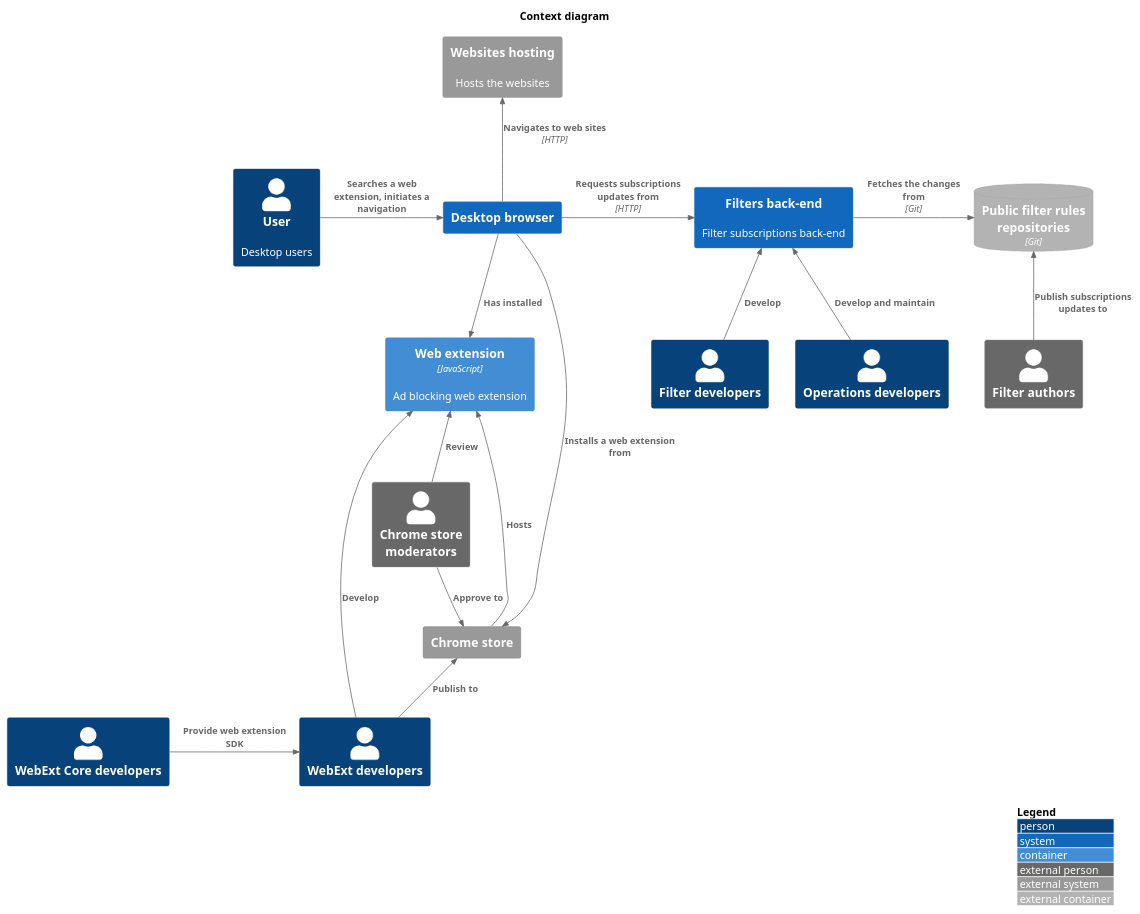
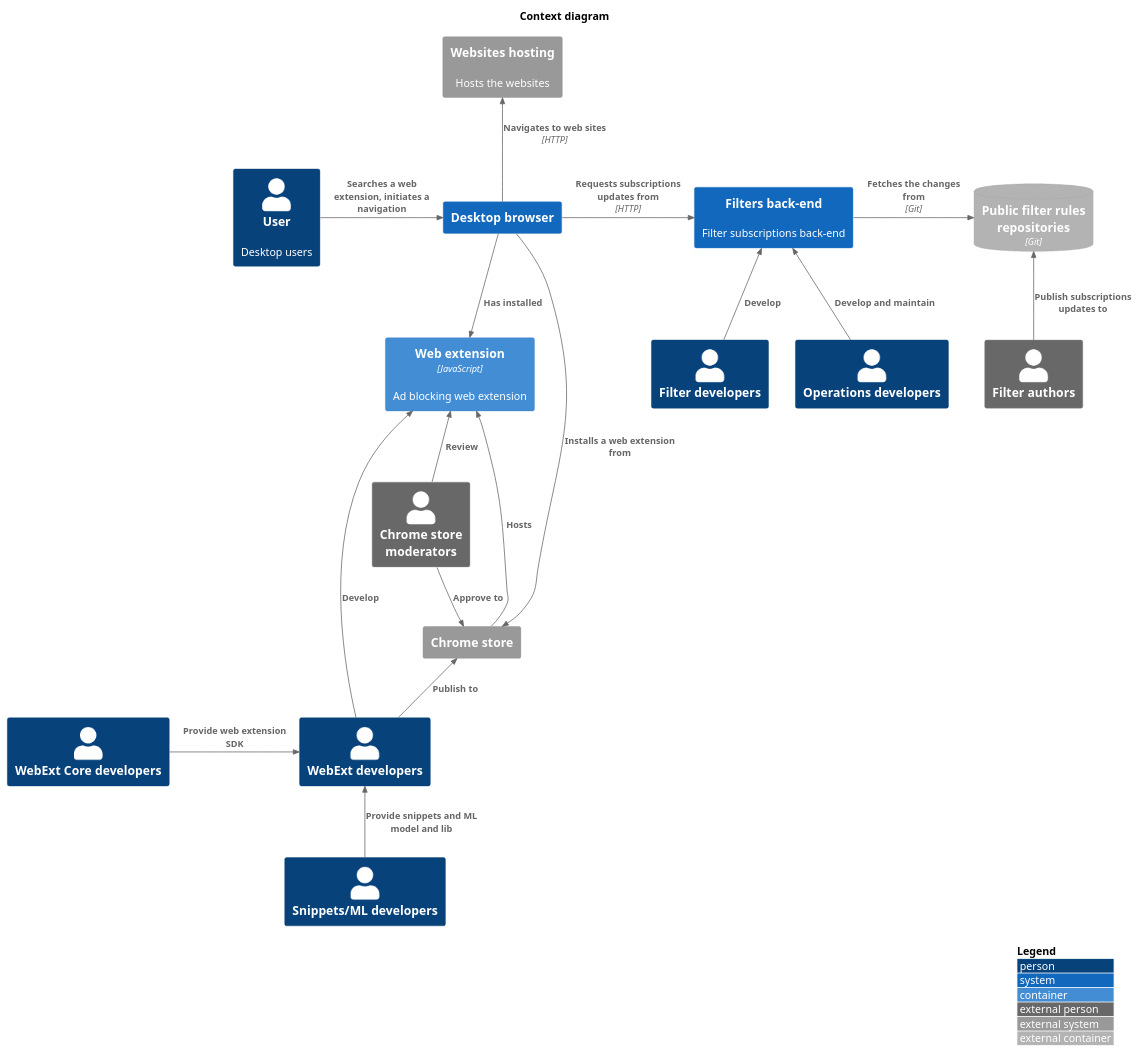
Before and after one commit to 4ntoine/mv3_spec_c4: the diagram in context.puml, drawn with PlantUML.

Commit message:
Add Snippets/ML actor

```diff
--- a/context.puml
+++ b/context.puml
@@ -1,43 +1,45 @@
 @startuml
 !include https://raw.githubusercontent.com/plantuml-stdlib/C4-PlantUML/master/C4_Context.puml
 !include https://raw.githubusercontent.com/plantuml-stdlib/C4-PlantUML/master/C4_Container.puml
 
 LAYOUT_WITH_LEGEND()
 title Context diagram
 
 ' persons
 Person(user, "User", "Desktop users")
 Person(coreDevs, "WebExt Core developers")
 Person(webExtDevs, "WebExt developers")
+Person(snippetDevs, "Snippets/ML developers")
 Person(filterDevs, "Filter developers")
 Person(ops, "Operations developers")
 Person_Ext(filterAuthors, "Filter authors")
 Person_Ext(chromeStoreModerators, "Chrome store moderators")
 
 ' system itself
 System(browser, "Desktop browser")
 Container(webExt, "Web extension", "JavaScript", "Ad blocking web extension")
 System(backEnd, "Filters back-end", "Filter subscriptions back-end")
 
 ' ext systems
 System_Ext(chromeStore, "Chrome store")
 System_Ext(websiteHosting, "Websites hosting", "Hosts the websites")
 ContainerDb_Ext(gitRepo, "Public filter rules repositories", "Git")
 
 ' relations
 Rel_R(user, browser, "Searches a web extension, initiates a navigation")
 Rel_U(browser, websiteHosting, "Navigates to web sites", "HTTP")
 Rel_R(coreDevs, webExtDevs, "Provide web extension SDK")
+Rel_U(snippetDevs, webExtDevs, "Provide snippets and ML model and lib")
 Rel_U(webExtDevs, chromeStore, "Publish to")
 Rel_R(webExtDevs, webExt, "Develop")
 Rel_D(browser, chromeStore, "Installs a web extension from")
 Rel_R(chromeStore, webExt, "Hosts")
 Rel_D(browser, webExt, "Has installed")
 Rel_U(chromeStoreModerators, webExt, "Review")
 Rel(chromeStoreModerators, chromeStore, "Approve to")
 Rel_U(filterDevs, backEnd, "Develop")
 Rel_U(ops, backEnd, "Develop and maintain")
 Rel_U(filterAuthors, gitRepo, "Publish subscriptions updates to")
 Rel_R(browser, backEnd, "Requests subscriptions updates from", "HTTP")
 Rel_R(backEnd, gitRepo, "Fetches the changes from", "Git")
 @enduml
```
